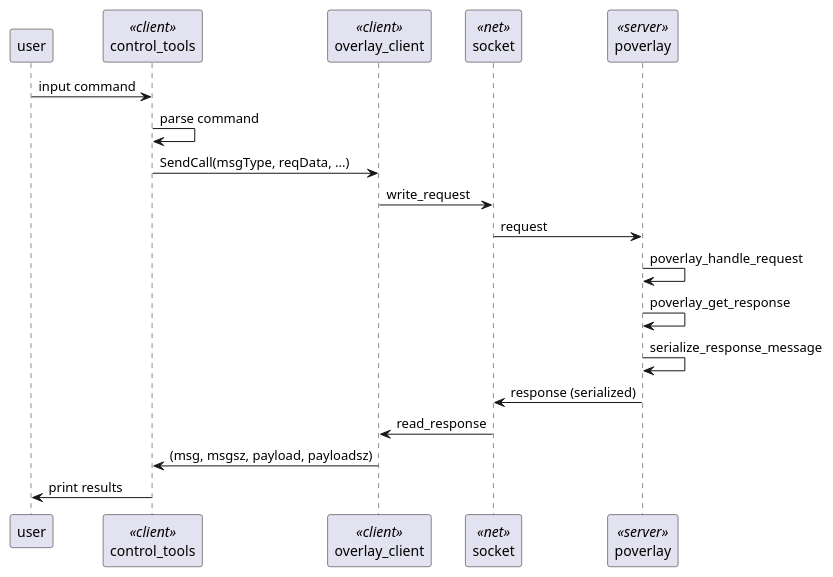
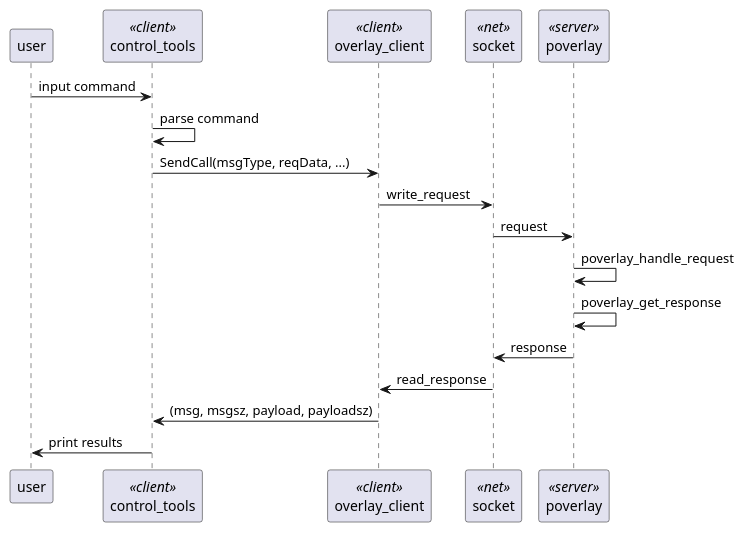
The diagram in doc/request-response.org (lneely/pcloudcc-lneely), drawn with PlantUML before and after one commit. The commit also changed 13 other files, not shown here.

```diff
--- a/doc/request-response.org
+++ b/doc/request-response.org
@@ -15,20 +15,19 @@
 #+begin_src plantuml :file img/request-response-00.png :export results
   participant user
   participant control_tools <<client>>
   participant overlay_client <<client>>
   participant socket <<net>>
   participant poverlay <<server>>
 
   user -> control_tools: input command
   control_tools -> control_tools : parse command
   control_tools -> overlay_client : SendCall(msgType, reqData, ...)
   overlay_client -> socket : write_request
   socket -> poverlay : request
   poverlay -> poverlay : poverlay_handle_request
   poverlay -> poverlay : poverlay_get_response
-  poverlay -> poverlay : serialize_response_message
-  poverlay -> socket : response (serialized)
+  poverlay -> socket : response
   socket -> overlay_client : read_response
   overlay_client -> control_tools : (msg, msgsz, payload, payloadsz)
   control_tools -> user : print results
 #+end_src
```
